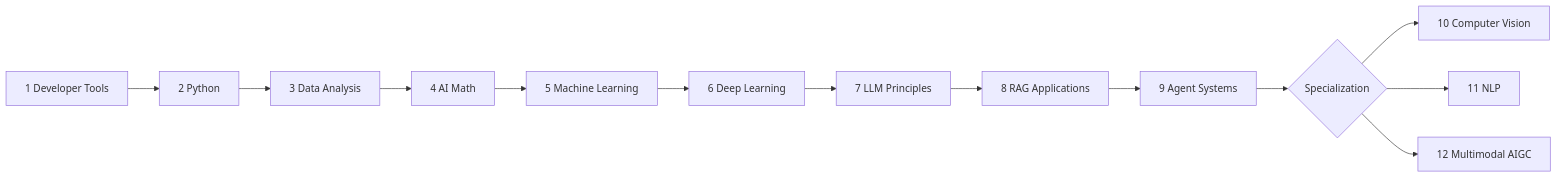
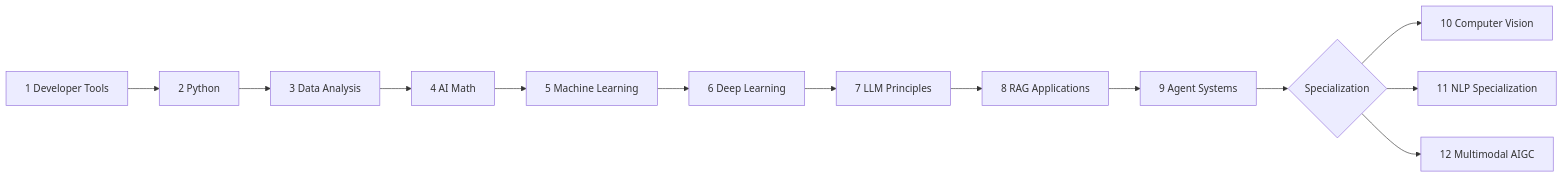
One commit to oudbiao/AI-fullstack-course changed the diagram in README.md. Above: the diagram before and after it, drawn with Mermaid. The commit also changed other lines of this file and 6 other files, not shown here.

Commit message:
Clarify NLP specialization placement

````diff
--- a/README.md
+++ b/README.md
@@ -42,15 +42,15 @@
 ```mermaid
 flowchart LR
   A[1 Developer Tools] --> B[2 Python]
   B --> C[3 Data Analysis]
   C --> D[4 AI Math]
   D --> E[5 Machine Learning]
   E --> F[6 Deep Learning]
   F --> G[7 LLM Principles]
   G --> H[8 RAG Applications]
   H --> I[9 Agent Systems]
   I --> J{Specialization}
   J --> K[10 Computer Vision]
-  J --> L[11 NLP]
+  J --> L[11 NLP Specialization]
   J --> M[12 Multimodal AIGC]
 ```
````
